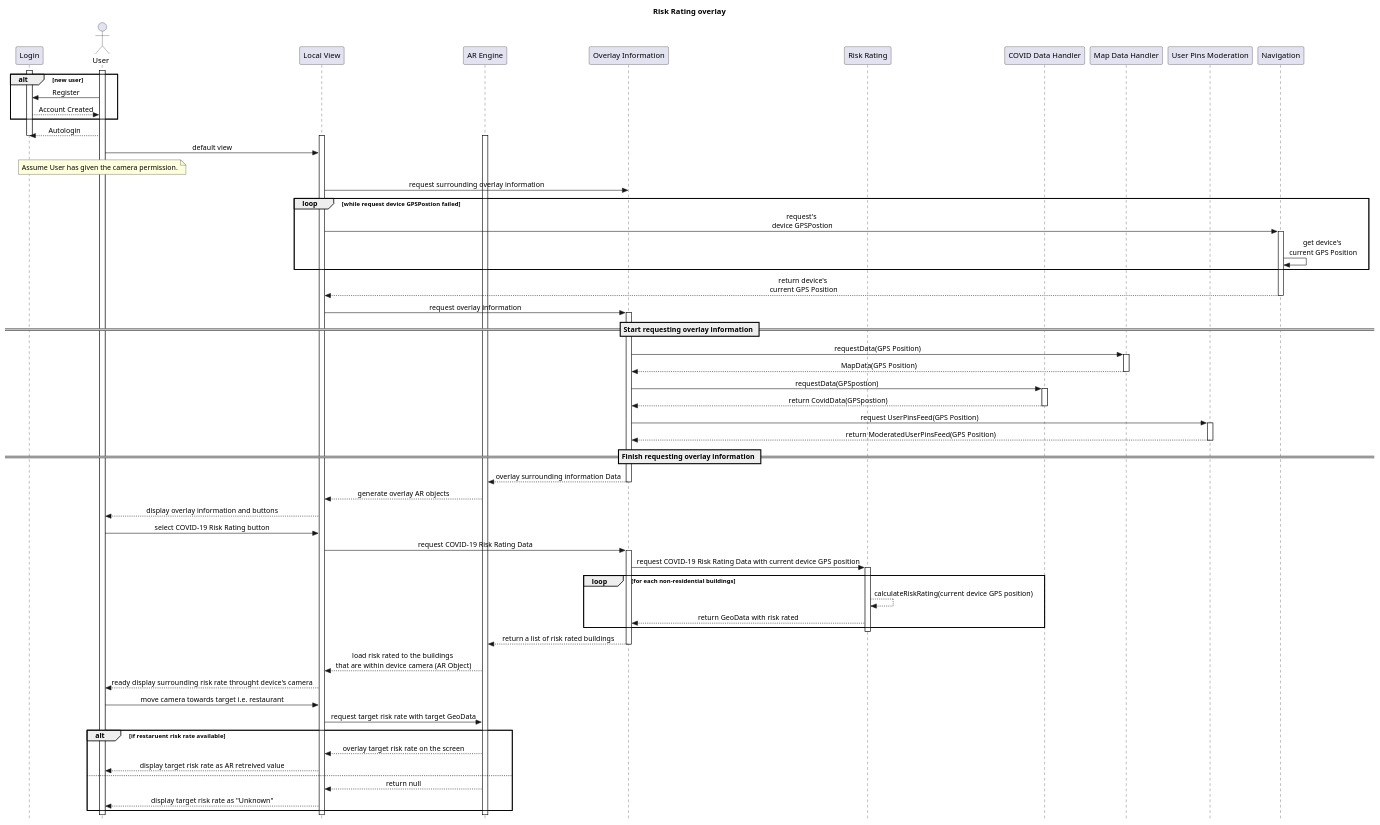
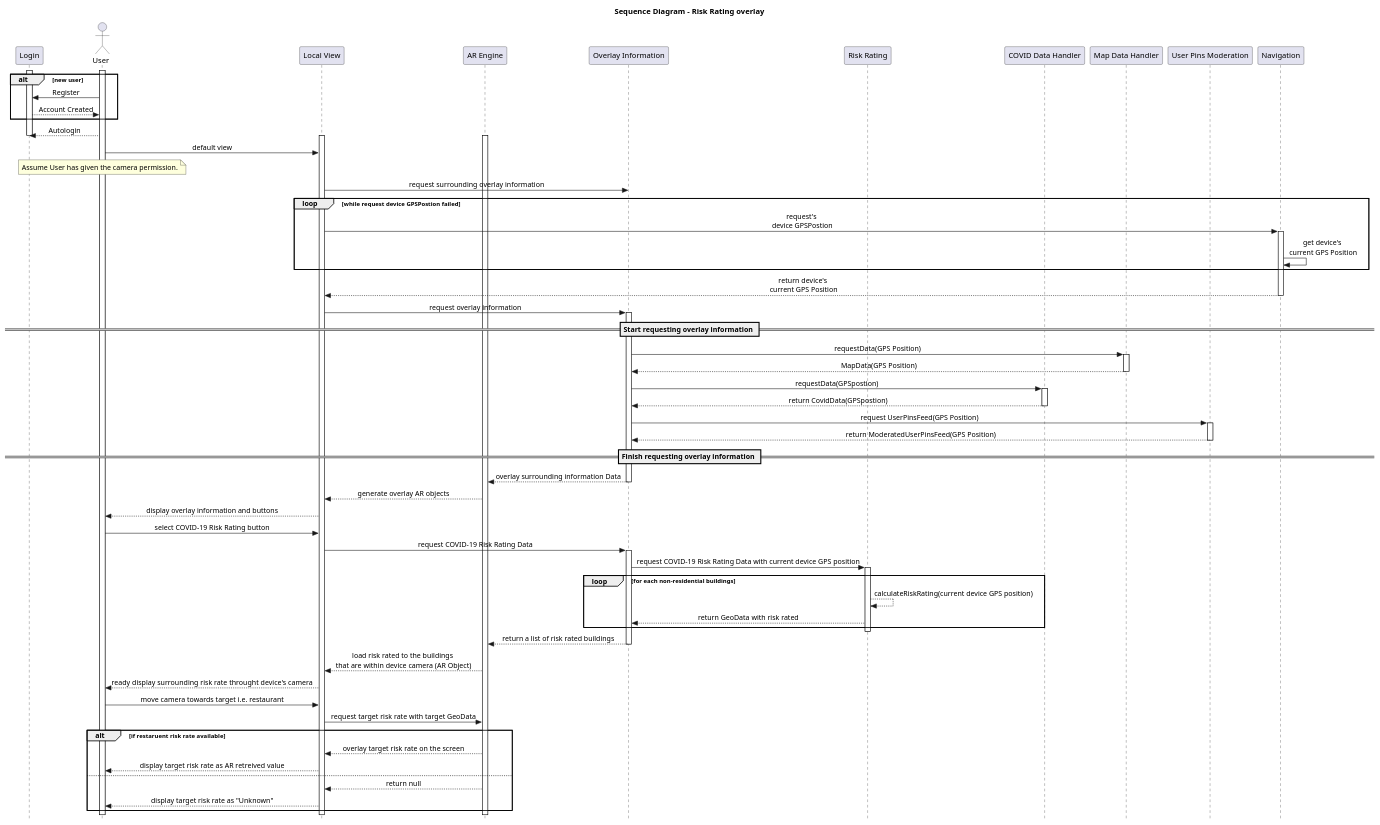
Before and after one commit to fdq09eca/BUS_assignment: the diagram in B7-2.plantuml, drawn with PlantUML. The commit also changed 1 other file, not shown here.

```diff
--- a/B7-2.plantuml
+++ b/B7-2.plantuml
@@ -1,98 +1,98 @@
 @startuml BUS-B7-sqDia2
 skinparam Style strictuml
 skinparam SequenceMessageAlignment center
 
 title
-    Risk Rating overlay
+    Sequence Diagram - Risk Rating overlay
 end title
 
 hide unlinked
 participant "Notification"
 participant "Login"
 actor "User"
 participant "Local View"
 participant "AR Engine"
 participant "Global View"
 participant "Overlay Information"
 participant "Risk Rating"
 participant "COVID Data Handler"
 participant "Map Data Handler"
 participant "User Pins Moderation"
 
 
 activate User
 activate Login
 alt new user
     User -> Login: Register
     Login --> User: Account Created
 end 
 
 User --> Login: Autologin
 
 deactivate Login
 activate "Local View"
 activate "AR Engine"
 User -> "Local View": default view
 note over User: Assume User has given the camera permission.
 "Local View" -> "Overlay Information": request surrounding overlay information
 loop while request device GPSPostion failed
     "Local View" -> "Navigation": request's\n device GPSPostion
     activate "Navigation"
     "Navigation" -> "Navigation": get device's\n current GPS Position 
 end
 "Navigation" --> "Local View": return device's\n current GPS Position
 deactivate "Navigation"
 
 
 "Local View" -> "Overlay Information": request overlay information
 activate "Overlay Information"
 
 == Start requesting overlay information ==
 "Overlay Information" -> "Map Data Handler": requestData(GPS Position)
 activate "Map Data Handler"
 "Map Data Handler" --> "Overlay Information": MapData(GPS Position)
 deactivate "Map Data Handler"
 
 "Overlay Information" -> "COVID Data Handler": requestData(GPSpostion)
 activate "COVID Data Handler"
 "COVID Data Handler" --> "Overlay Information": return CovidData(GPSpostion)
 deactivate "COVID Data Handler"
 
 "Overlay Information" -> "User Pins Moderation": request UserPinsFeed(GPS Position)
 activate "User Pins Moderation"
 "User Pins Moderation" --> "Overlay Information": return ModeratedUserPinsFeed(GPS Position)
 deactivate "User Pins Moderation"
 == Finish requesting overlay information ==
 
 "Overlay Information" --> "AR Engine": overlay surrounding information Data
 deactivate "Overlay Information"
 "AR Engine" --> "Local View": generate overlay AR objects
 "Local View" --> "User": display overlay information and buttons
 
 "User" -> "Local View": select COVID-19 Risk Rating button
 "Local View" -> "Overlay Information": request COVID-19 Risk Rating Data
 activate "Overlay Information"
 "Overlay Information"  -> "Risk Rating": request COVID-19 Risk Rating Data with current device GPS position
 activate "Risk Rating"
 loop for each non-residential buildings
     "Risk Rating" --> "Risk Rating": calculateRiskRating(current device GPS position)
     "Risk Rating" --> "Overlay Information": return GeoData with risk rated 
 end
 deactivate "Risk Rating"
 "Overlay Information" --> "AR Engine": return a list of risk rated buildings
 deactivate "Overlay Information"
 "AR Engine" --> "Local View": load risk rated to the buildings \nthat are within device camera (AR Object)
 "Local View" --> "User": ready display surrounding risk rate throught device's camera
 
 "User" -> "Local View": move camera towards target i.e. restaurant 
 "Local View" -> "AR Engine": request target risk rate with target GeoData
 
 alt if restaruent risk rate available
     "AR Engine" --> "Local View": overlay target risk rate on the screen
     "Local View" --> "User": display target risk rate as AR retreived value
 else
     "AR Engine" --> "Local View": return null
     "Local View" --> "User": display target risk rate as "Unknown"
 end alt
 
 @enduml
```
